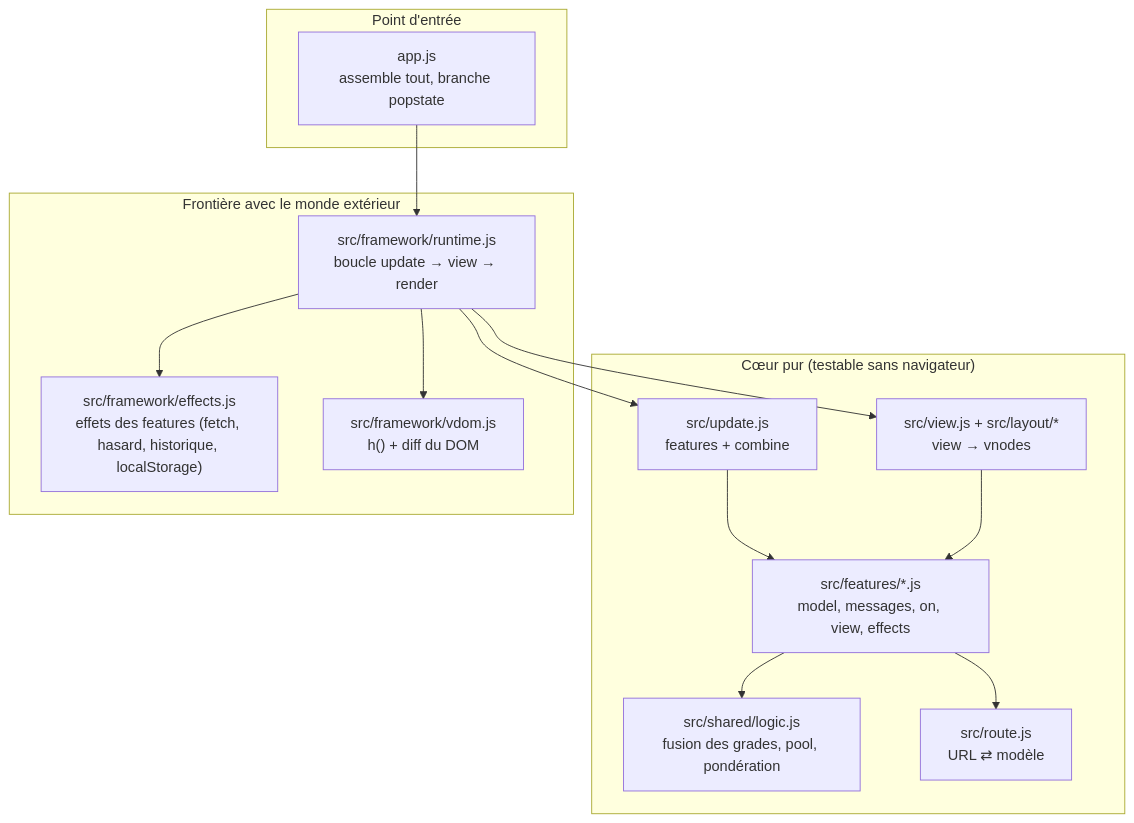
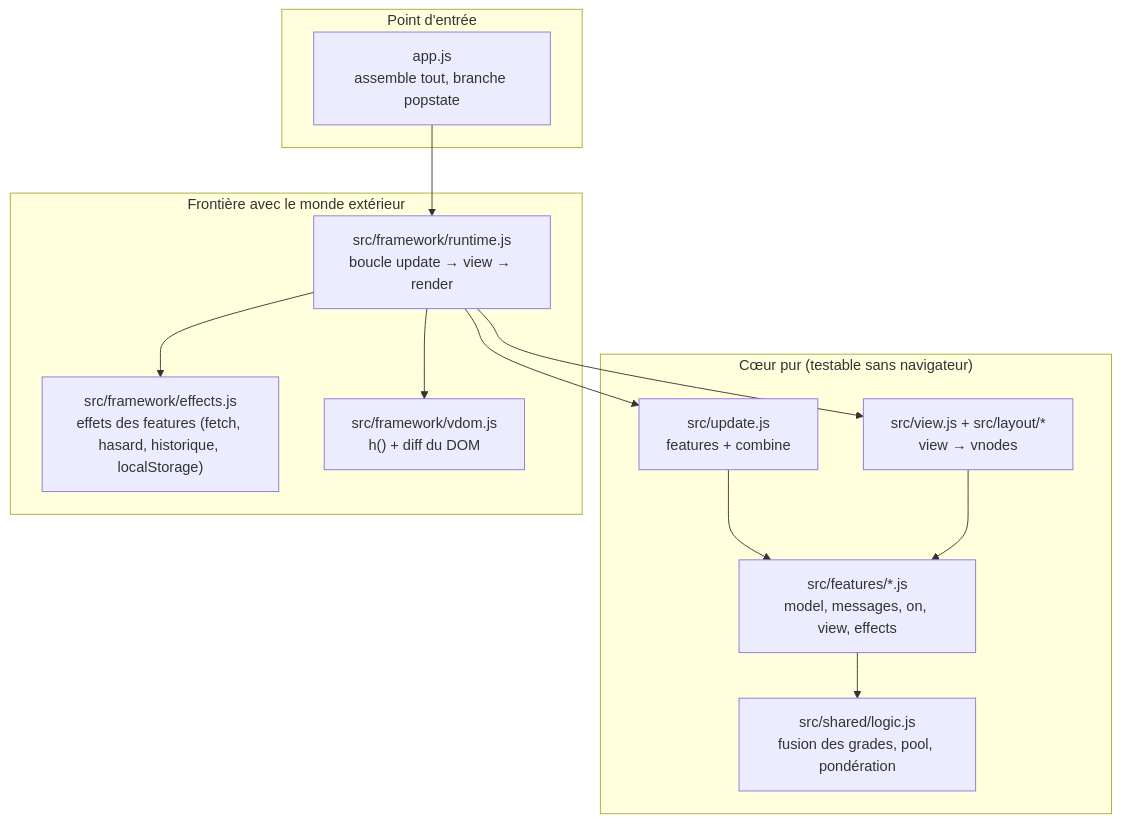
The second of 6 diagrams in README.md (devsigner/aikido-trainer), drawn with Mermaid before and after one commit. The commit also changed 8 other files, not shown here.

Commit message:
Move URL format (toHash, parseHash) from route.js into the navigation feature (v.62)

````diff
--- a/README.md
+++ b/README.md
@@ -124,27 +124,25 @@
 ```mermaid
 flowchart TB
     subgraph entry["Point d'entrée"]
         APP["app.js<br/>assemble tout, branche popstate"]
     end
     subgraph pure["Cœur pur (testable sans navigateur)"]
         UPD["src/update.js<br/>features + combine"]
         FEAT["src/features/*.js<br/>model, messages, on, view, effects"]
         VIEW["src/view.js + src/layout/*<br/>view → vnodes"]
         LOG["src/shared/logic.js<br/>fusion des grades, pool, pondération"]
-        ROUTE["src/route.js<br/>URL ⇄ modèle"]
     end
     subgraph impure["Frontière avec le monde extérieur"]
         RUN["src/framework/runtime.js<br/>boucle update → view → render"]
         EFF["src/framework/effects.js<br/>effets des features (fetch, hasard, historique, localStorage)"]
         VDOM["src/framework/vdom.js<br/>h() + diff du DOM"]
     end
     APP --> RUN
     RUN --> UPD
     RUN --> VIEW
     RUN --> EFF
     RUN --> VDOM
     UPD --> FEAT
     FEAT --> LOG
-    FEAT --> ROUTE
     VIEW --> FEAT
 ```
````
